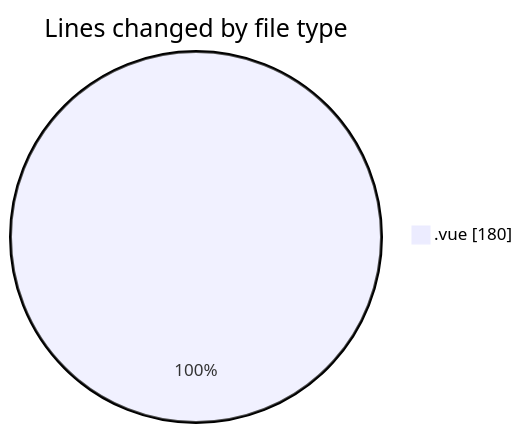
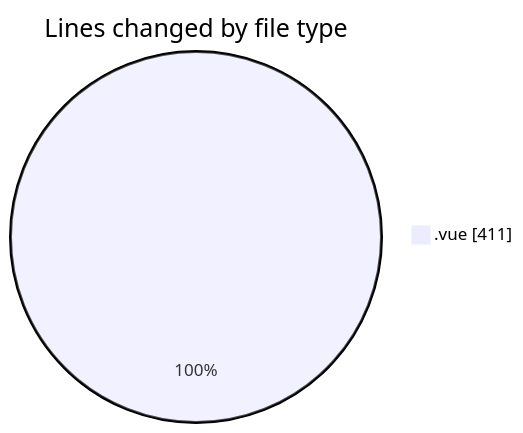
One commit to lephambinh05/code-tracking changed the first of 2 diagrams in 2025-08-13/rentotp/README.md. Above: the diagram before and after it, drawn with Mermaid. The commit also changed other lines of this file and 2 other files, not shown here.

````diff
--- a/2025-08-13/rentotp/README.md
+++ b/2025-08-13/rentotp/README.md
@@ -21,5 +22,5 @@
 ```mermaid
 pie showData
 title Lines changed by file type
-".vue" : 180
+".vue" : 411
 ```
````
